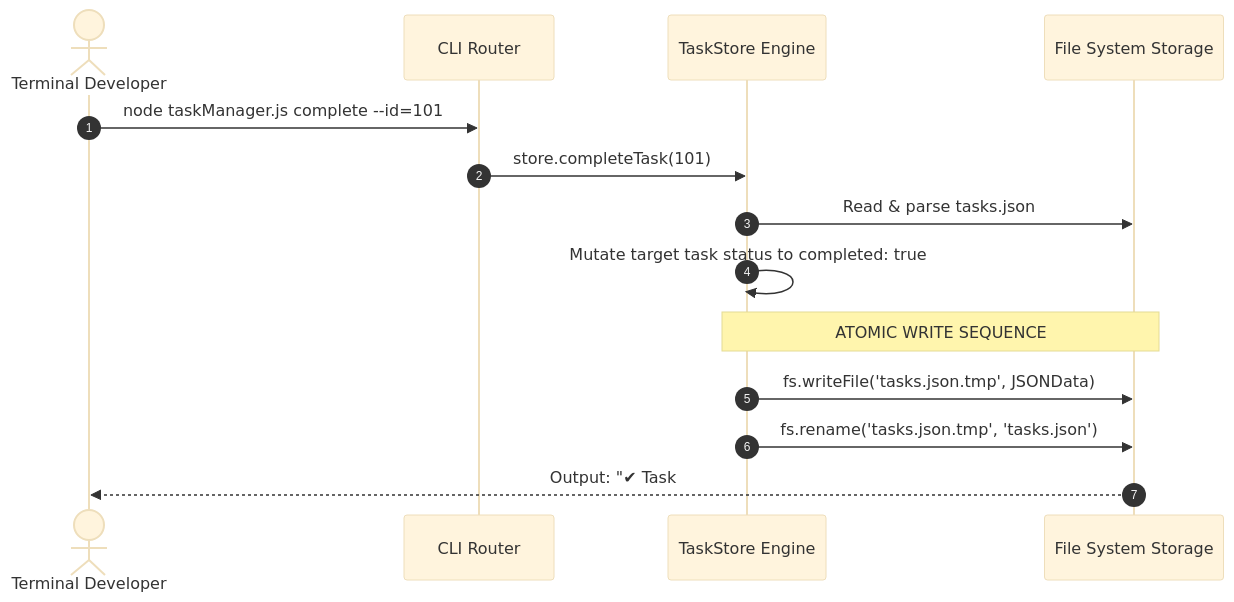
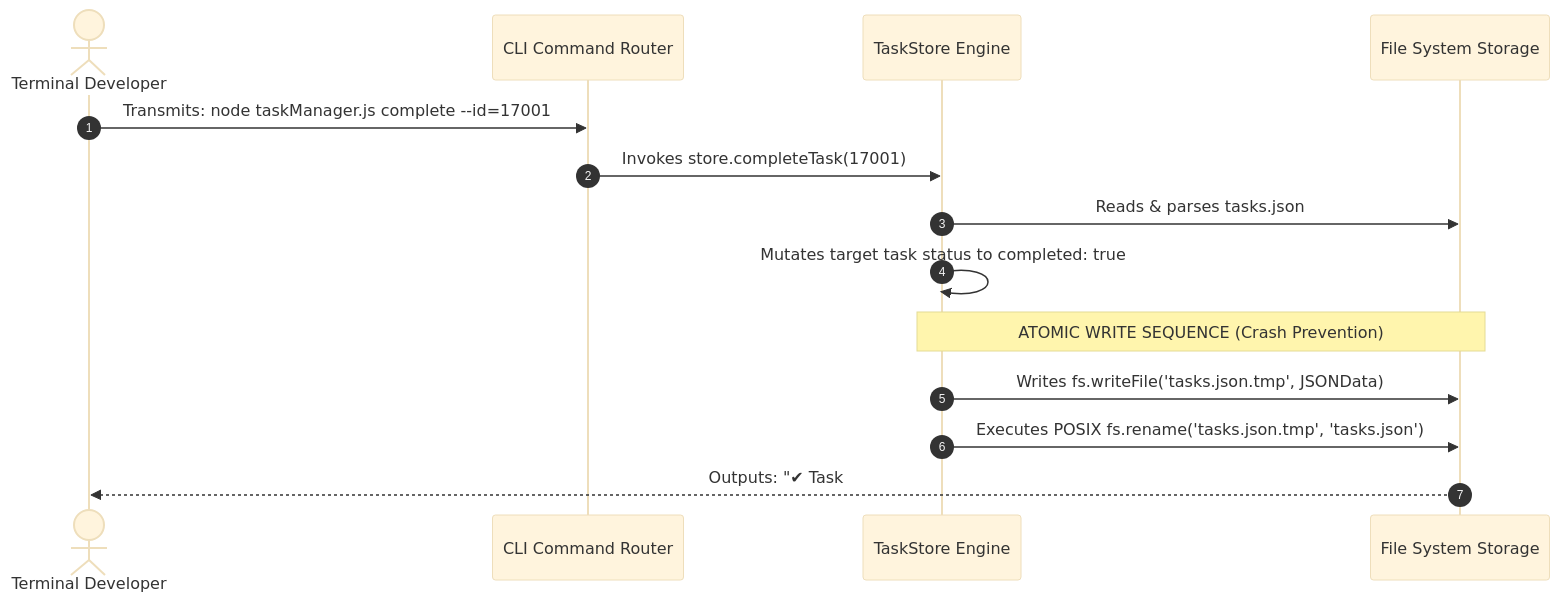
Before and after one commit to Amie-dev/engineering-playbook: the second of 2 diagrams in nodejs-notes/29-project-cli-task-manager.md, drawn with Mermaid (base theme). The commit also changed other lines of this file and 31 other files, not shown here.

````diff
--- a/nodejs-notes/29-project-cli-task-manager.md
+++ b/nodejs-notes/29-project-cli-task-manager.md
@@ -34,19 +39,19 @@
 ```mermaid
 sequenceDiagram
     autonumber
     actor User as Terminal Developer
-    participant Router as CLI Router
+    participant Router as CLI Command Router
     participant Store as TaskStore Engine
     participant Disk as File System Storage
 
-    User->>Router: node taskManager.js complete --id=101
-    Router->>Store: store.completeTask(101)
-    Store->>Disk: Read & parse tasks.json
-    Store->>Store: Mutate target task status to completed: true
+    User->>Router: Transmits: node taskManager.js complete --id=17001
+    Router->>Store: Invokes store.completeTask(17001)
+    Store->>Disk: Reads & parses tasks.json
+    Store->>Store: Mutates target task status to completed: true
     
-    Note over Store,Disk: ATOMIC WRITE SEQUENCE
-    Store->>Disk: fs.writeFile('tasks.json.tmp', JSONData)
-    Store->>Disk: fs.rename('tasks.json.tmp', 'tasks.json')
+    note over Store,Disk: ATOMIC WRITE SEQUENCE (Crash Prevention)
+    Store->>Disk: Writes fs.writeFile('tasks.json.tmp', JSONData)
+    Store->>Disk: Executes POSIX fs.rename('tasks.json.tmp', 'tasks.json')
     
-    Disk-->>User: Output: "✔ Task #101 marked as completed."
+    Disk-->>User: Outputs: "✔ Task #17001 marked as completed."
 ```
````
